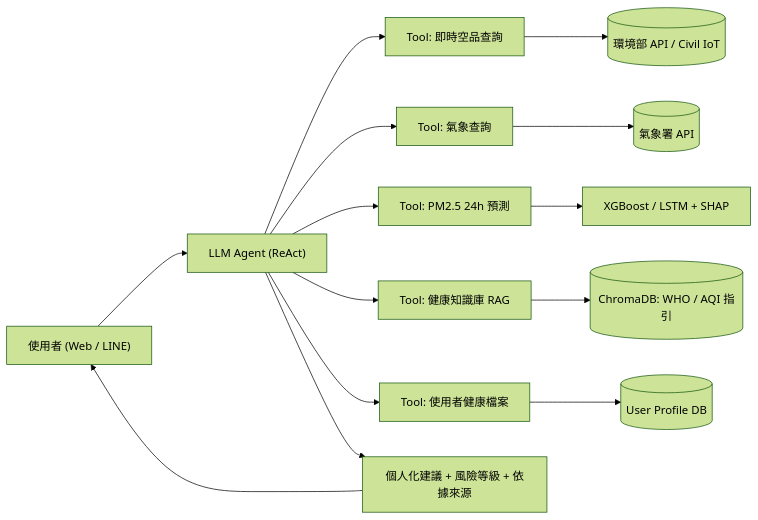
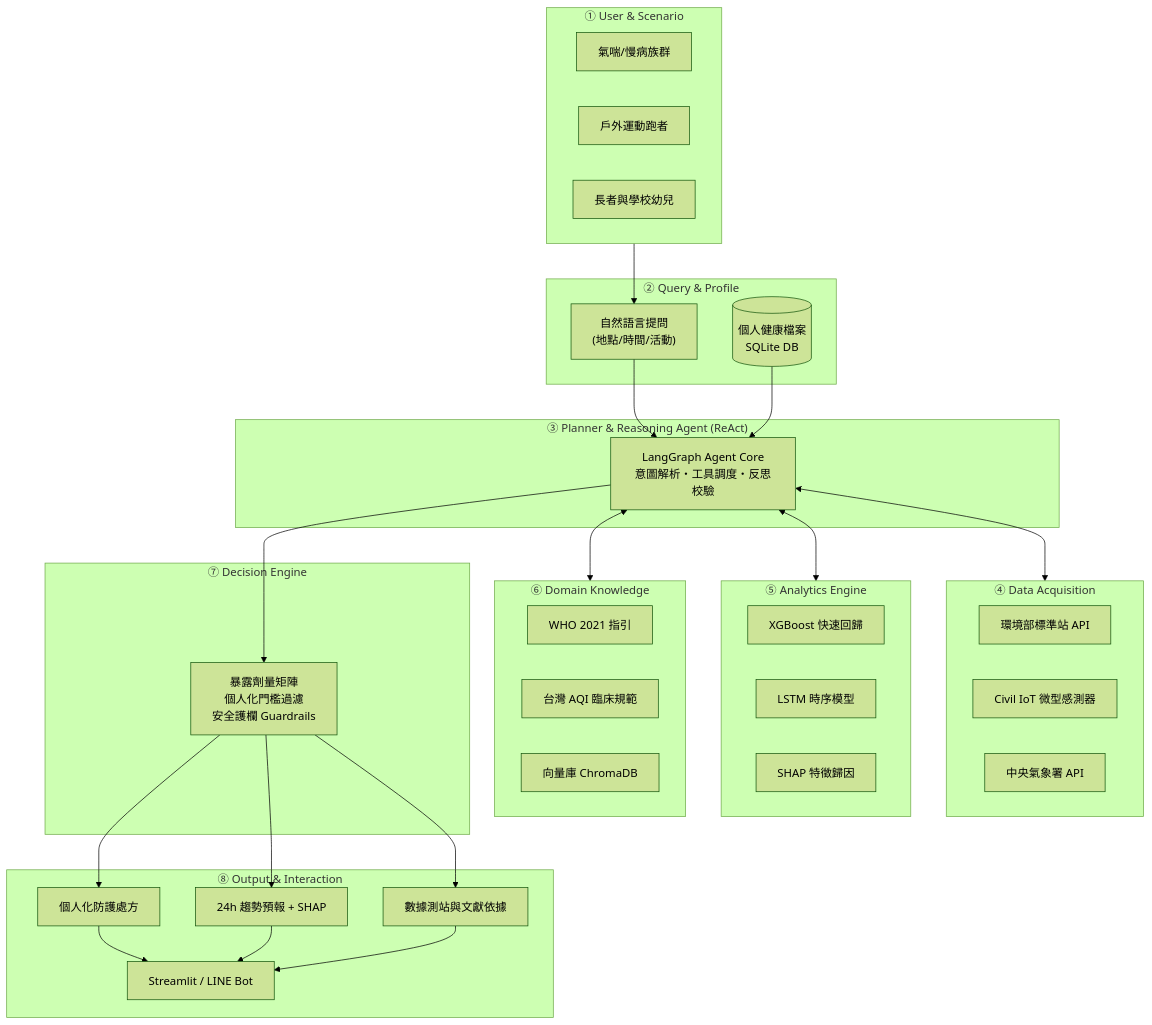
The first of 2 diagrams in docs/proposal.md (aghoniln/IOT_group_proposal), drawn with Mermaid (forest theme) before and after one commit. The commit also changed other lines of this file and 7 other files, not shown here.

````diff
--- a/docs/proposal.md
+++ b/docs/proposal.md
@@ -136,16 +240,55 @@
 ```mermaid
-flowchart LR
-    U["使用者 (Web / LINE)"] --> A["LLM Agent (ReAct)"]
-    A --> T1["Tool: 即時空品查詢"]
-    A --> T2["Tool: 氣象查詢"]
-    A --> T3["Tool: PM2.5 24h 預測"]
-    A --> T4["Tool: 健康知識庫 RAG"]
-    A --> T5["Tool: 使用者健康檔案"]
-    T1 --> D1[("環境部 API / Civil IoT")]
-    T2 --> D2[("氣象署 API")]
-    T3 --> M["XGBoost / LSTM + SHAP"]
-    T4 --> K[("ChromaDB: WHO / AQI 指引")]
-    T5 --> P[("User Profile DB")]
-    A --> R["個人化建議 + 風險等級 + 依據來源"]
-    R --> U
+flowchart TB
+    subgraph S1["① User & Scenario"]
+        U1["氣喘/慢病族群"]
+        U2["戶外運動跑者"]
+        U3["長者與學校幼兒"]
+    end
+
+    subgraph S2["② Query & Profile"]
+        IN1["自然語言提問\n(地點/時間/活動)"]
+        IN2[("個人健康檔案\nSQLite DB")]
+    end
+
+    subgraph S3["③ Planner & Reasoning Agent (ReAct)"]
+        CORE["LangGraph Agent Core\n意圖解析・工具調度・反思校驗"]
+    end
+
+    subgraph S4["④ Data Acquisition"]
+        D1["環境部標準站 API"]
+        D2["Civil IoT 微型感測器"]
+        D3["中央氣象署 API"]
+    end
+
+    subgraph S5["⑤ Analytics Engine"]
+        M1["XGBoost 快速回歸"]
+        M2["LSTM 時序模型"]
+        M3["SHAP 特徵歸因"]
+    end
+
+    subgraph S6["⑥ Domain Knowledge"]
+        K1["WHO 2021 指引"]
+        K2["台灣 AQI 臨床規範"]
+        K3["向量庫 ChromaDB"]
+    end
+
+    subgraph S7["⑦ Decision Engine"]
+        DEC["暴露劑量矩陣\n個人化門檻過濾\n安全護欄 Guardrails"]
+    end
+
+    subgraph S8["⑧ Output & Interaction"]
+        OUT1["個人化防護處方"]
+        OUT2["24h 趨勢預報 + SHAP"]
+        OUT3["數據測站與文獻依據"]
+        UI["Streamlit / LINE Bot"]
+    end
+
+    S1 --> IN1
+    IN1 & IN2 --> CORE
+    CORE <--> S4
+    CORE <--> S5
+    CORE <--> S6
+    CORE --> DEC
+    DEC --> OUT1 & OUT2 & OUT3
+    OUT1 & OUT2 & OUT3 --> UI
 ```
````
